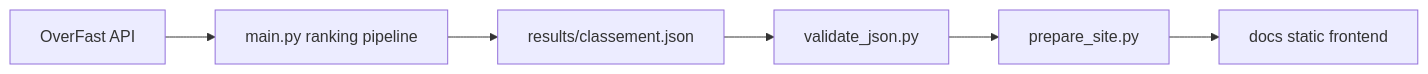
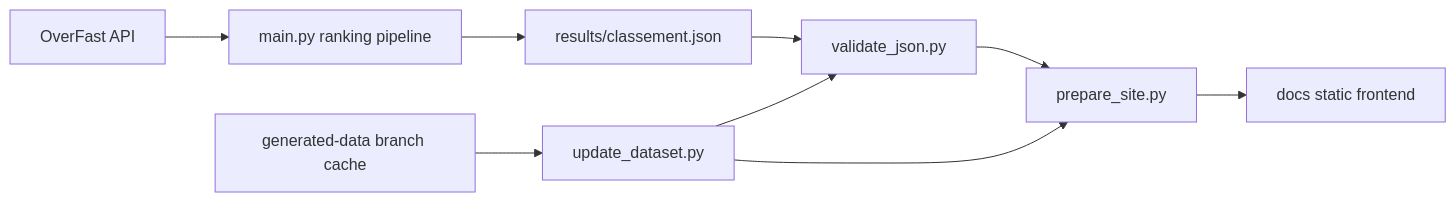
One commit to xaviertomi/overwatch-rancker changed the diagram in README.md. Above: the diagram before and after it, drawn with Mermaid. The commit also changed other lines of this file and 5 other files, not shown here.

````diff
--- a/README.md
+++ b/README.md
@@ -15,8 +15,11 @@
 ```mermaid
 flowchart LR
   A[OverFast API] --> B[main.py ranking pipeline]
   B --> C[results/classement.json]
   C --> D[validate_json.py]
   D --> E[prepare_site.py]
   E --> F[docs static frontend]
+  G[generated-data branch cache] --> H[update_dataset.py]
+  H --> D
+  H --> E
 ```
````
